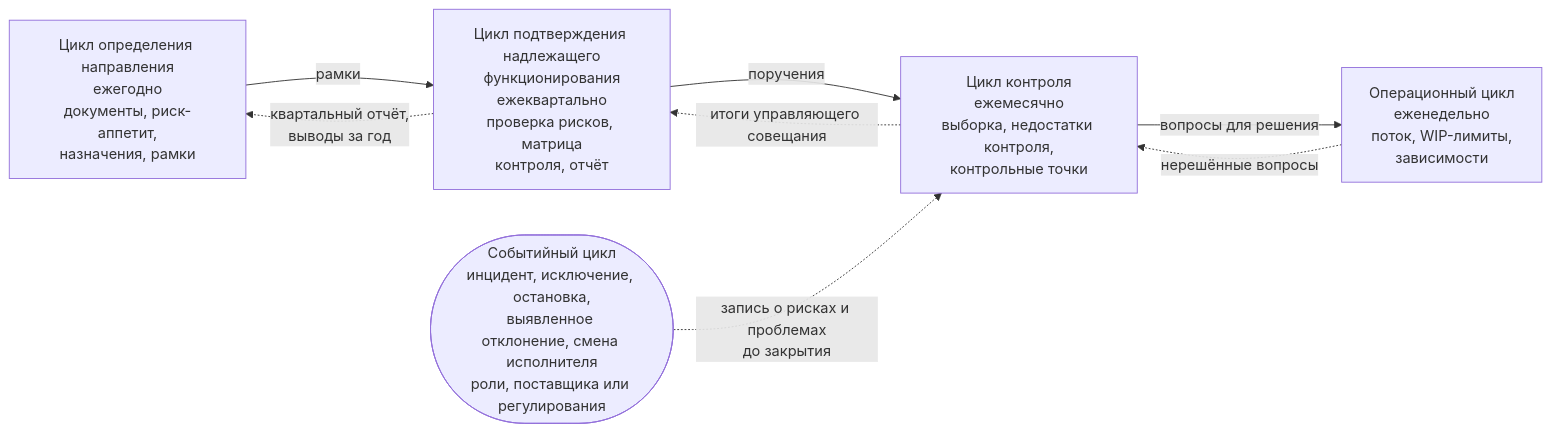
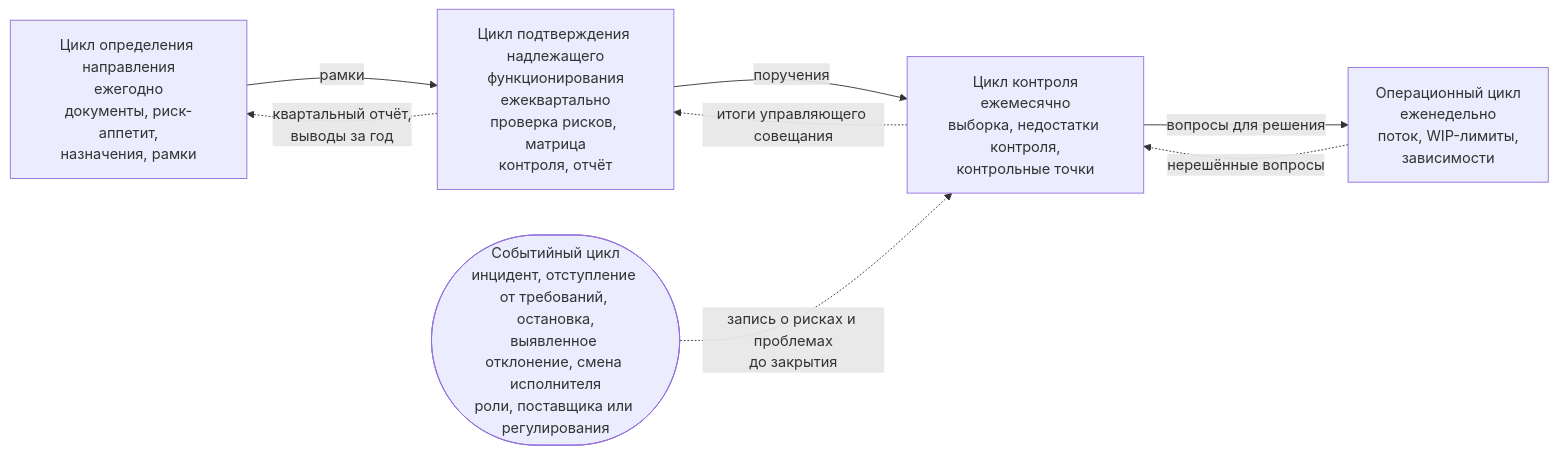
Before and after one commit to devhogu/ob-aicc: the diagram in portal/content/ru/governance/the-control-loops.md, drawn with Mermaid. The commit also changed other lines of this file and 112 other files, not shown here.

First line of the commit message:
Russian edition: Exception is «отступление от требований»; fairness, incident and benefit wording on Responsible AI

````diff
--- a/portal/content/ru/governance/the-control-loops.md
+++ b/portal/content/ru/governance/the-control-loops.md
@@ -25,10 +25,10 @@
 ```mermaid
 flowchart LR
   Y["Цикл определения направления<br/>ежегодно<br/>документы, риск-аппетит,<br/>назначения, рамки"] -->|"рамки"| Q["Цикл подтверждения надлежащего<br/>функционирования<br/>ежеквартально<br/>проверка рисков, матрица<br/>контроля, отчёт"]
   Q -->|"поручения"| M["Цикл контроля<br/>ежемесячно<br/>выборка, недостатки контроля,<br/>контрольные точки"]
   M -->|"вопросы для решения"| W["Операционный цикл<br/>еженедельно<br/>поток, WIP-лимиты,<br/>зависимости"]
   W -.->|"нерешённые вопросы"| M
   M -.->|"итоги управляющего совещания"| Q
   Q -.->|"квартальный отчёт,<br/>выводы за год"| Y
-  E(["Событийный цикл<br/>инцидент, исключение, остановка,<br/>выявленное отклонение, смена исполнителя<br/>роли, поставщика или регулирования"]) -.->|"запись о рисках и проблемах<br/>до закрытия"| M
+  E(["Событийный цикл<br/>инцидент, отступление от требований, остановка,<br/>выявленное отклонение, смена исполнителя<br/>роли, поставщика или регулирования"]) -.->|"запись о рисках и проблемах<br/>до закрытия"| M
 ```
````
